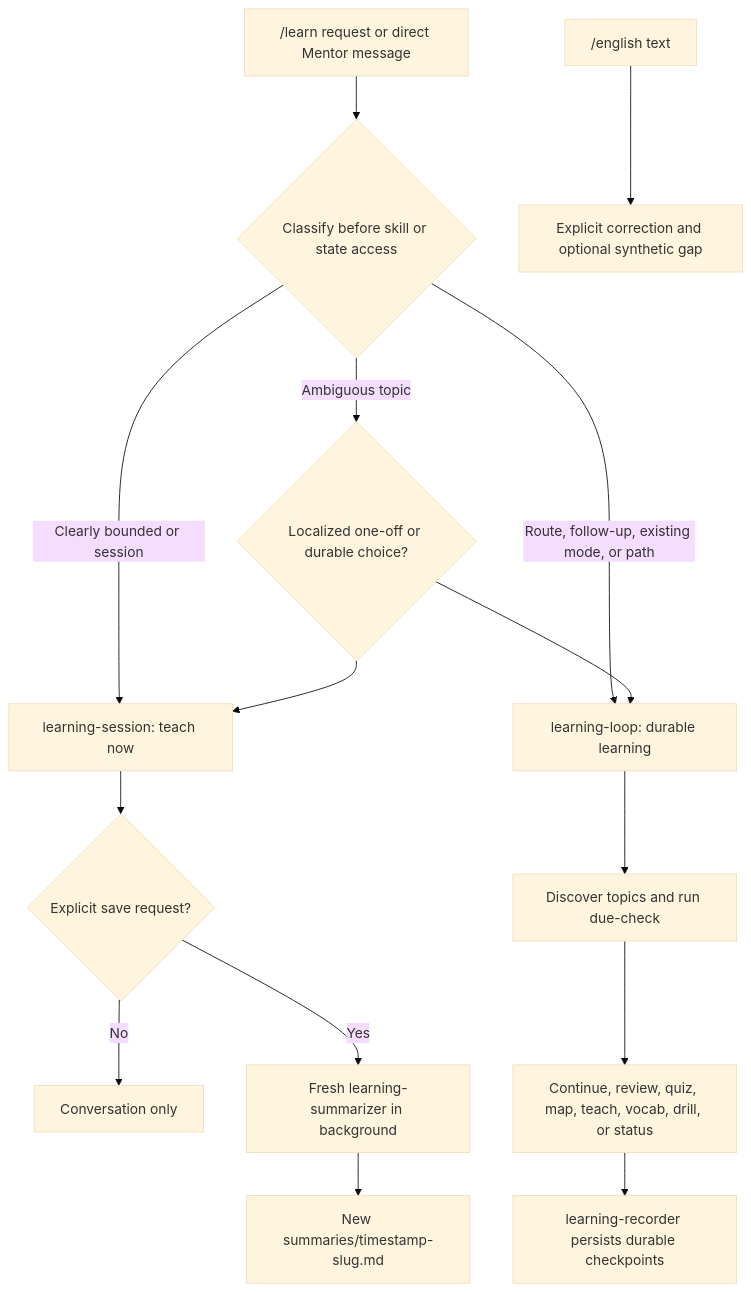
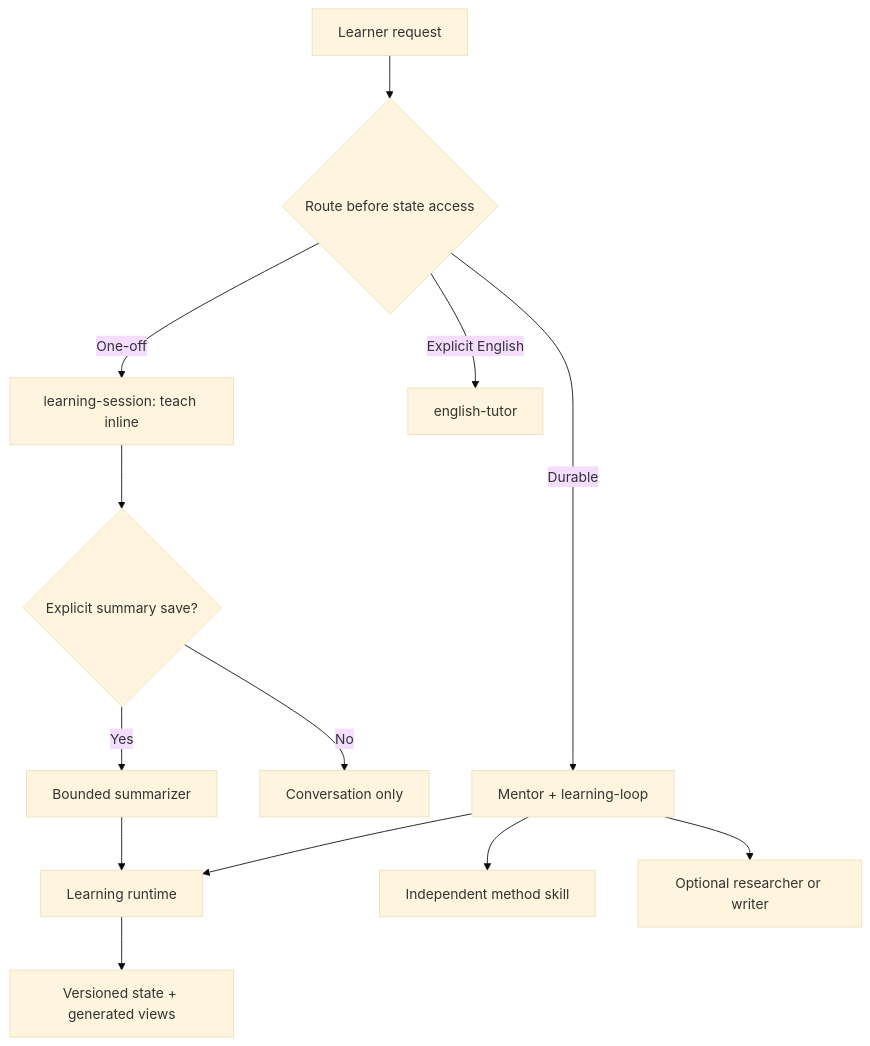
One commit to andresnator/agents-orchestrator changed the diagram in domains/learning/README.md. Above: the diagram before and after it, drawn with Mermaid (base theme). The commit also changed other lines of this file and 33 other files, not shown here.

Commit message:
feat(learning): add deterministic learning runtime (#61)

````diff
--- a/domains/learning/README.md
+++ b/domains/learning/README.md
@@ -26,20 +25,15 @@
 ```mermaid
 flowchart TD
-    U["/learn request or direct Mentor message"] --> C{"Classify before skill or state access"}
-    C -->|"Clearly bounded or session"| S["learning-session: teach now"]
-    C -->|"Route, follow-up, existing mode, or path"| D["learning-loop: durable learning"]
-    C -->|"Ambiguous topic"| Q{"Localized one-off or durable choice?"}
-    Q --> S
-    Q --> D
-
-    S --> SAVE{"Explicit save request?"}
-    SAVE -->|"No"| CHAT["Conversation only"]
-    SAVE -->|"Yes"| SUM["Fresh learning-summarizer in background"]
-    SUM --> FILE["New summaries/timestamp-slug.md"]
-
-    D --> STATE["Discover topics and run due-check"]
-    STATE --> MODE["Continue, review, quiz, map, teach, vocab, drill, or status"]
-    MODE --> REC["learning-recorder persists durable checkpoints"]
-
-    E["/english text"] --> ET["Explicit correction and optional synthetic gap"]
+    U["Learner request"] --> R{"Route before state access"}
+    R -->|"One-off"| S["learning-session: teach inline"]
+    R -->|"Durable"| M["Mentor + learning-loop"]
+    R -->|"Explicit English"| E["english-tutor"]
+    S --> Q{"Explicit summary save?"}
+    Q -->|"No"| C["Conversation only"]
+    Q -->|"Yes"| SUM["Bounded summarizer"]
+    SUM --> RT["Learning runtime"]
+    M --> K["Independent method skill"]
+    M --> W["Optional researcher or writer"]
+    M --> RT
+    RT --> ST["Versioned state + generated views"]
 ```
````
